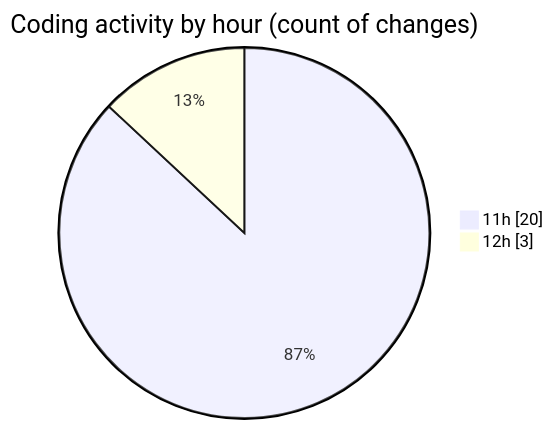
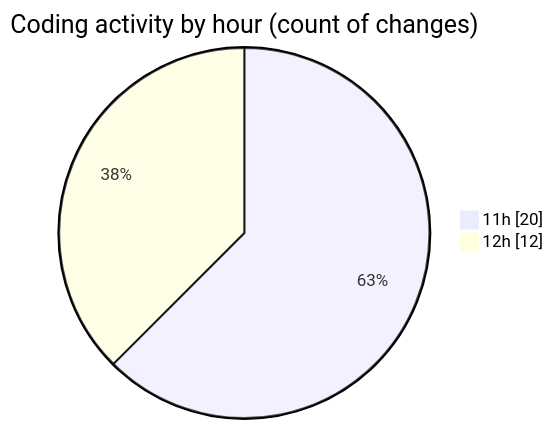
The second of 2 diagrams in 2025-01-31/audiobooks-web/README.md (robertbonfada/code-tracking), drawn with Mermaid before and after one commit. The commit also changed other lines of this file and 1 other file, not shown here.

````diff
--- a/2025-01-31/audiobooks-web/README.md
+++ b/2025-01-31/audiobooks-web/README.md
@@ -40,6 +41,6 @@
 ```mermaid
 pie showData
 title Coding activity by hour (count of changes)
 "11h" : 20
-"12h" : 3
+"12h" : 12
 ```
````
